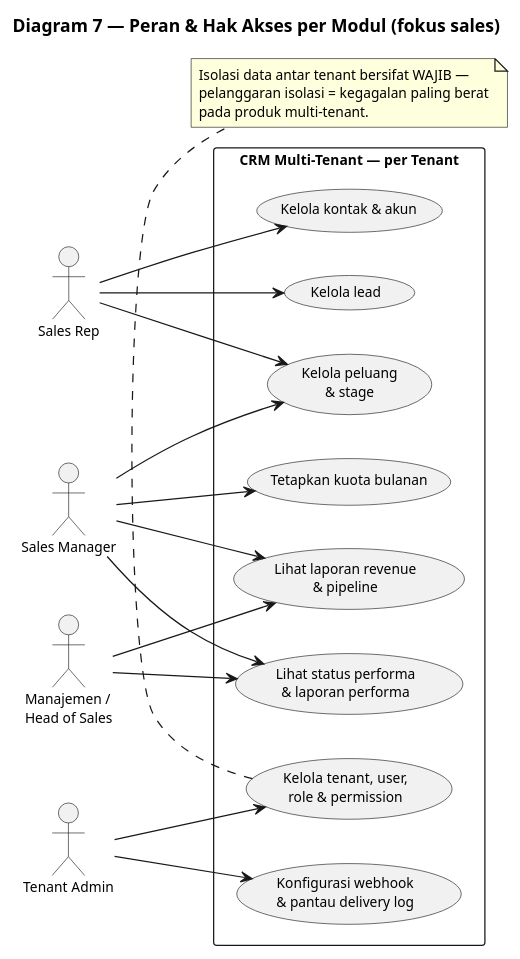
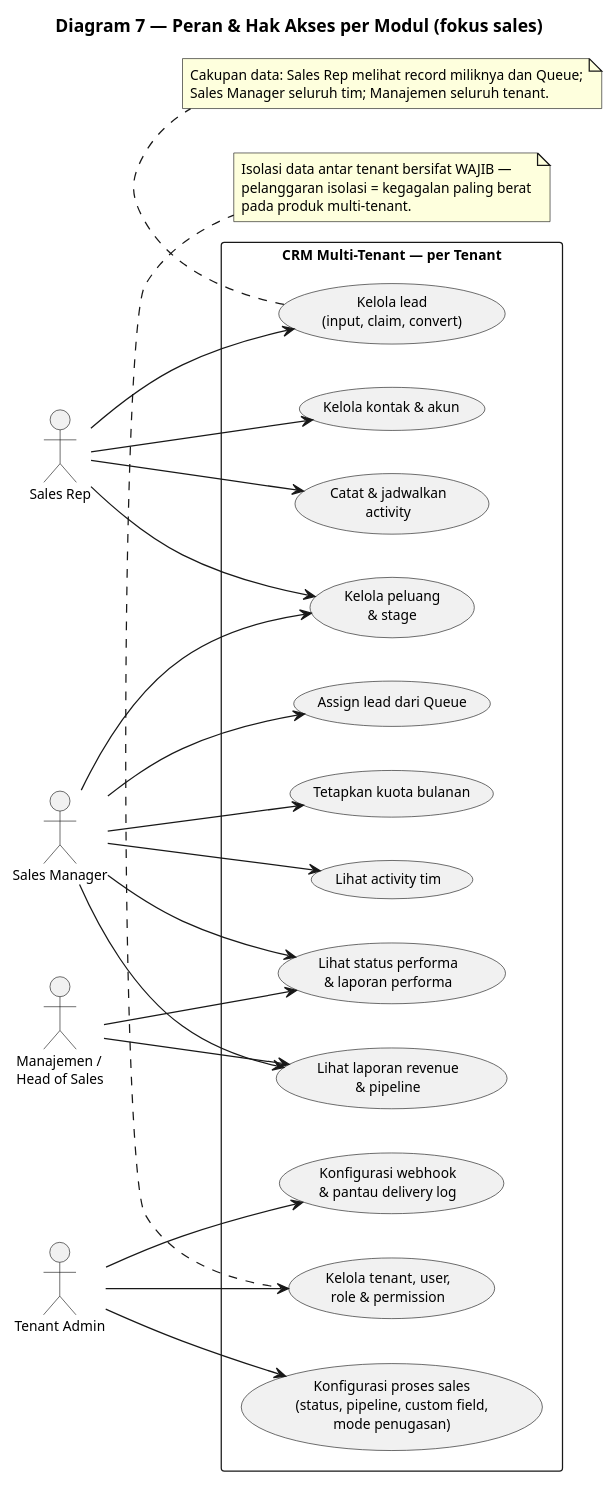
The diagram in knowledge/projects/bootcamp-crm/requirements/brd/diagrams/08-peran-akses.puml (yudha-tlab/ai-os-knowledge), drawn with PlantUML before and after one commit. The commit also changed 34 other files, not shown here.

First line of the commit message:
docs(bootcamp-crm): CR-20261013-001 — Activity mandatory minimal, konfigurasi tenant, penugasan lead; BRD v5.3 + spesifikasi v1.3

```diff
--- a/knowledge/projects/bootcamp-crm/requirements/brd/diagrams/08-peran-akses.puml
+++ b/knowledge/projects/bootcamp-crm/requirements/brd/diagrams/08-peran-akses.puml
@@ -1,44 +1,57 @@
 @startuml
 title Diagram 7 — Peran & Hak Akses per Modul (fokus sales)
 
 skinparam shadowing false
 skinparam defaultFontSize 11
 left to right direction
 
 actor "Sales Rep" as SR
 actor "Sales Manager" as SM
 actor "Tenant Admin" as TA
 actor "Manajemen /\nHead of Sales" as MG
 
 rectangle "CRM Multi-Tenant — per Tenant" {
-  usecase "Kelola lead" as UC1
+  usecase "Kelola lead\n(input, claim, convert)" as UC1
+  usecase "Assign lead dari Queue" as UC1b
   usecase "Kelola kontak & akun" as UC2
   usecase "Kelola peluang\n& stage" as UC3
+  usecase "Catat & jadwalkan\nactivity" as UC7
+  usecase "Lihat activity tim" as UC8
   usecase "Tetapkan kuota bulanan" as UC4
   usecase "Lihat status performa\n& laporan performa" as UC5
   usecase "Lihat laporan revenue\n& pipeline" as UC6
   usecase "Kelola tenant, user,\nrole & permission" as UC11
+  usecase "Konfigurasi proses sales\n(status, pipeline, custom field,\nmode penugasan)" as UC13
   usecase "Konfigurasi webhook\n& pantau delivery log" as UC12
 }
 
 SR --> UC1
 SR --> UC2
 SR --> UC3
+SR --> UC7
 
+SM --> UC1b
 SM --> UC3
+SM --> UC8
 SM --> UC4
 SM --> UC5
 SM --> UC6
 
 MG --> UC6
 MG --> UC5
 
 TA --> UC11
+TA --> UC13
 TA --> UC12
+
+note bottom of UC1
+  Cakupan data: Sales Rep melihat record miliknya dan Queue;
+  Sales Manager seluruh tim; Manajemen seluruh tenant.
+end note
 
 note bottom of UC11
   Isolasi data antar tenant bersifat WAJIB —
   pelanggaran isolasi = kegagalan paling berat
   pada produk multi-tenant.
 end note
 @enduml
```
